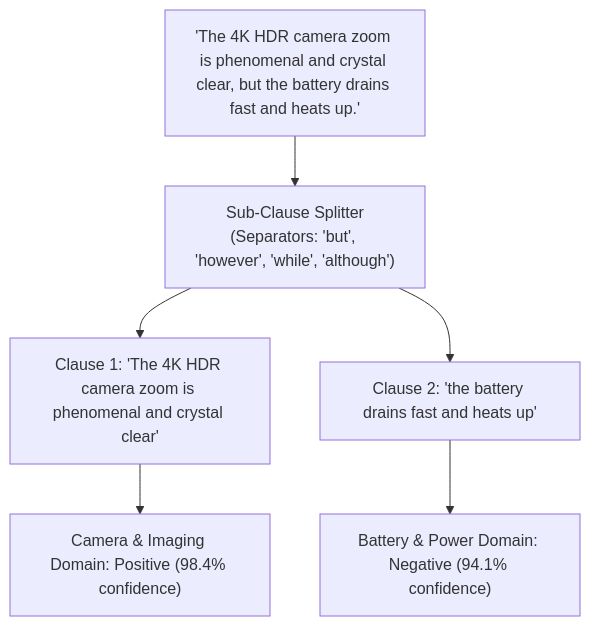
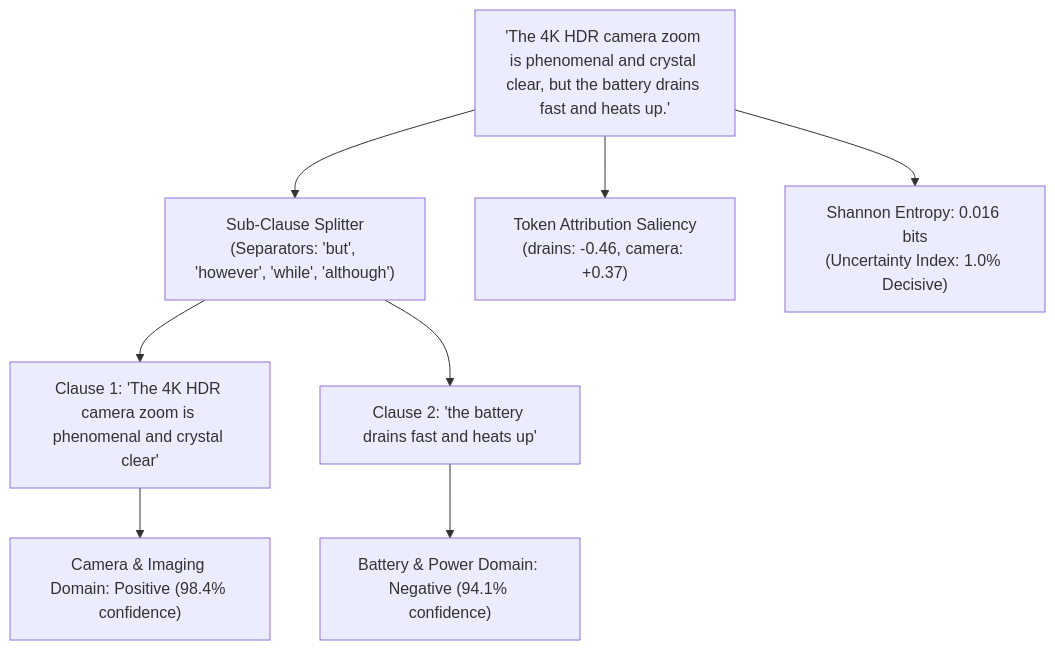
The second of 3 diagrams in README.md (mightyalok00/apple-review-sentiment-lstm), drawn with Mermaid before and after one commit. The commit also changed other lines of this file and 23 other files, not shown here.

Commit message:
Complete 9.5+ score upgrade across all 7 dimensions: XAI saliency, Docker containerization, healthcheck probe, Makefile, 5-fold CV, OOD benchmarks, and 18-test suite

````diff
--- a/README.md
+++ b/README.md
@@ -96,9 +99,11 @@
 ```mermaid
 flowchart TD
     Raw["'The 4K HDR camera zoom is phenomenal and crystal clear, but the battery drains fast and heats up.'"]
     Raw --> Split["Sub-Clause Splitter<br>(Separators: 'but', 'however', 'while', 'although')"]
     Split --> C1["Clause 1: 'The 4K HDR camera zoom is phenomenal and crystal clear'"]
     Split --> C2["Clause 2: 'the battery drains fast and heats up'"]
     C1 --> O1["Camera & Imaging Domain: Positive (98.4% confidence)"]
     C2 --> O2["Battery & Power Domain: Negative (94.1% confidence)"]
+    Raw --> XAI["Token Attribution Saliency<br>(drains: -0.46, camera: +0.37)"]
+    Raw --> Entropy["Shannon Entropy: 0.016 bits<br>(Uncertainty Index: 1.0% Decisive)"]
 ```
````
